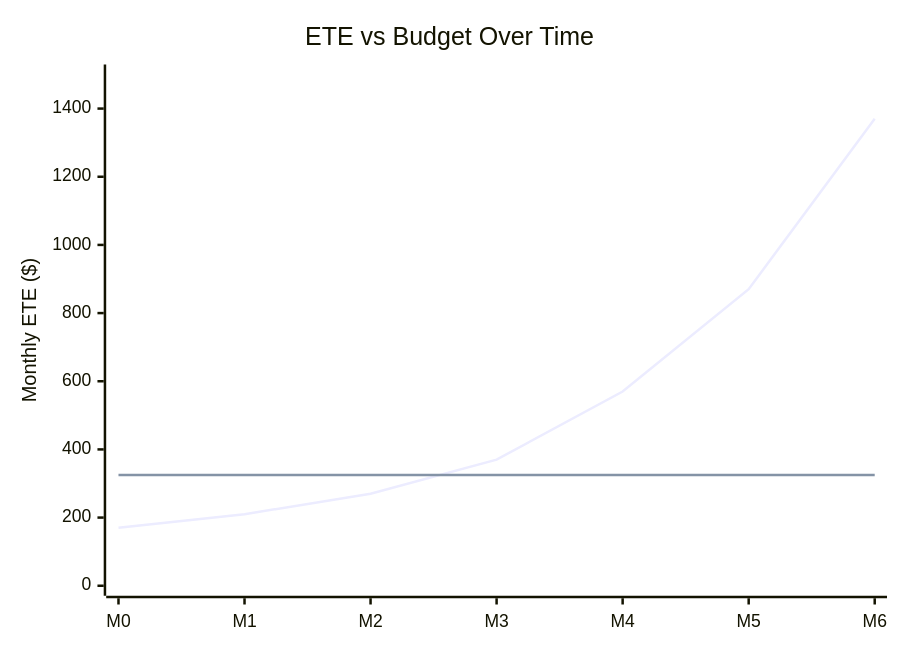
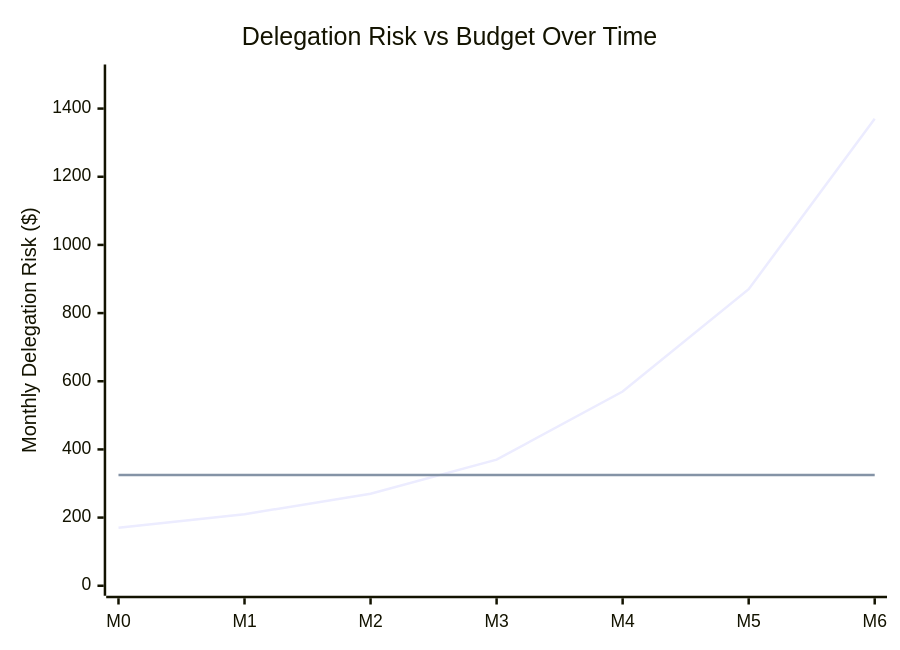
The second of 2 diagrams in src/content/docs/overview/case-study-drift.md (quantified-uncertainty/delegation-risk-framework), drawn with Mermaid before and after one commit. The commit also changed other lines of this file and 58 other files, not shown here.

````diff
--- a/src/content/docs/overview/case-study-drift.md
+++ b/src/content/docs/overview/case-study-drift.md
@@ -169,8 +169,8 @@
 ```mermaid
 xychart-beta
-    title "ETE vs Budget Over Time"
+    title "Delegation Risk vs Budget Over Time"
     x-axis ["M0", "M1", "M2", "M3", "M4", "M5", "M6"]
-    y-axis "Monthly ETE ($)" 0 --> 1500
+    y-axis "Monthly Delegation Risk ($)" 0 --> 1500
     line [170, 210, 270, 370, 570, 870, 1370]
     line [325, 325, 325, 325, 325, 325, 325]
 ```
````
